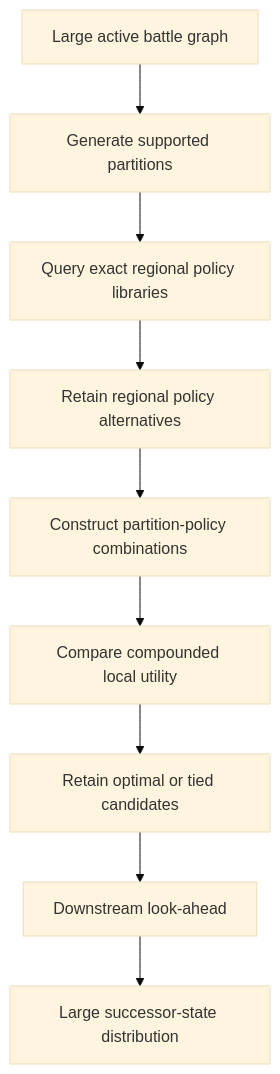
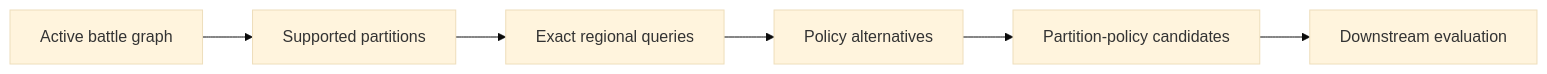
Before and after one commit to IkonRules/risk-strategy-optimization: the third of 4 diagrams in docs/architecture.md, drawn with Mermaid (base theme). The commit also changed other lines of this file and 1 other file, not shown here.

````diff
--- a/docs/architecture.md
+++ b/docs/architecture.md
@@ -584,21 +544,8 @@
 ```mermaid
-flowchart TD
-    G["Large active battle graph"]
-    P["Generate supported partitions"]
-    Q["Query exact regional policy libraries"]
-    O["Retain regional policy alternatives"]
-    C["Construct partition-policy combinations"]
-    U["Compare compounded local utility"]
-    T["Retain optimal or tied candidates"]
-    L["Downstream look-ahead"]
-    S["Large successor-state distribution"]
-
-    G --> P
-    P --> Q
-    Q --> O
-    O --> C
-    C --> U
-    U --> T
-    T --> L
-    L --> S
+flowchart LR
+    G["Active battle graph"] --> P["Supported partitions"]
+    P --> Q["Exact regional queries"]
+    Q --> O["Policy alternatives"]
+    O --> C["Partition-policy candidates"]
+    C --> L["Downstream evaluation"]
 ```
````
